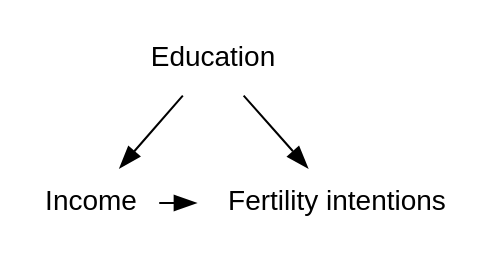
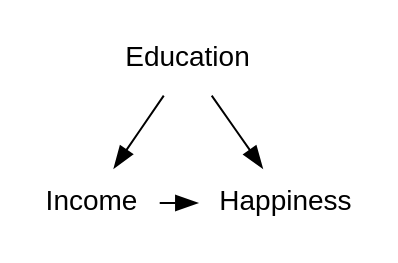
The second of 5 diagrams in 15-causality_from_obs.qmd (RohanAlexander/telling_stories), drawn with Graphviz before and after one commit. The commit also changed other lines of this file and 50 other files, not shown here.

````diff
--- a/15-causality_from_obs.qmd
+++ b/15-causality_from_obs.qmd
@@ -118,19 +119,18 @@
 ```{dot}
 //| label: fig-dot-educationasconfounder
-//| fig-cap: "Education is a confounder and affects the relationship between income and fertility intentions"
+//| fig-cap: "Education is a confounder that affects the relationship between income and happiness"
 //| echo: true
-
 digraph D {
   
   node [shape=plaintext, fontname = "helvetica"];
   
   a [label = "Income"];
-  b [label = "Fertility intentions"];
+  b [label = "Happiness"];
   c [label = "Education"];
   
   { rank=same a b};
   
   a->b;
   c->{a, b};
 }
 ```
````
